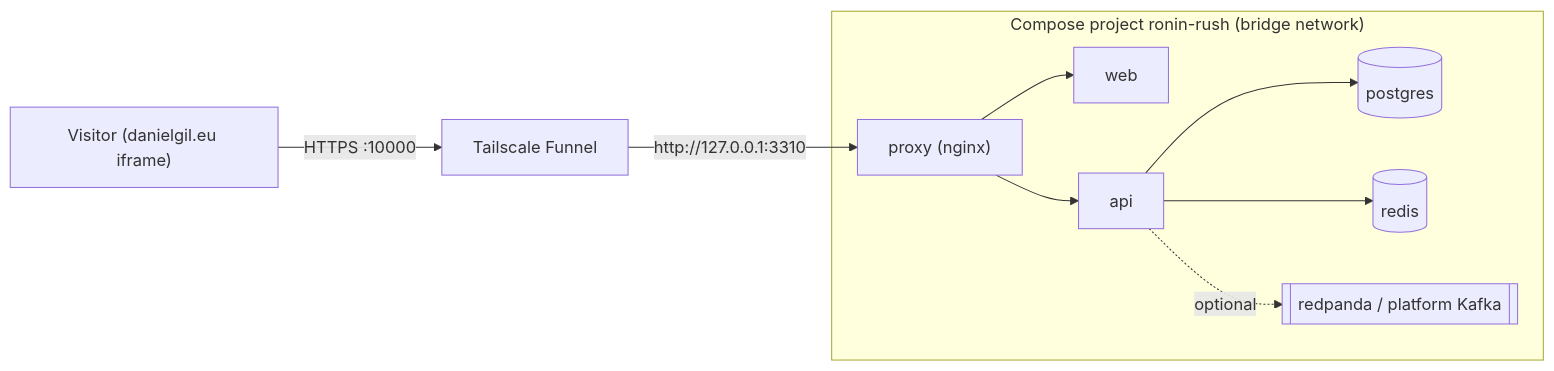
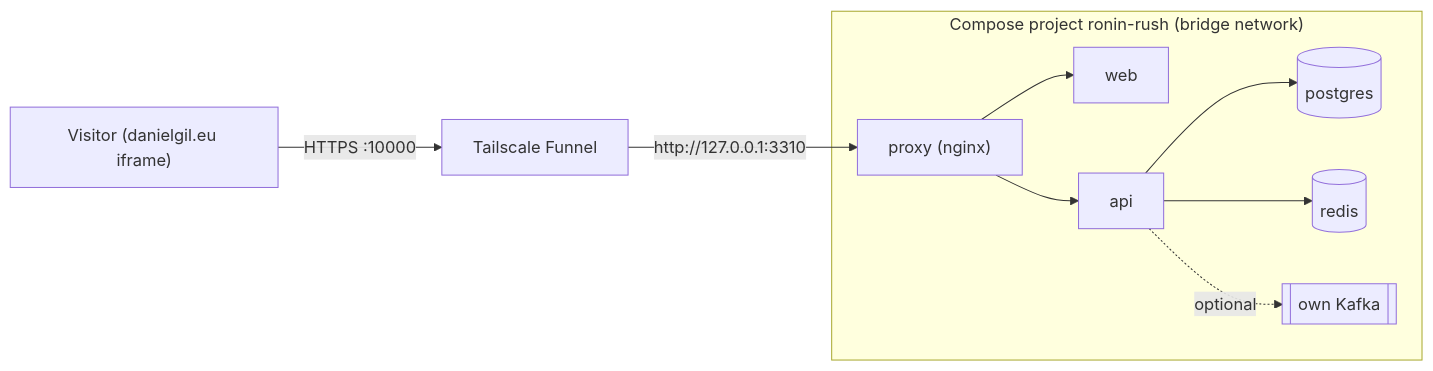
Before and after one commit to Danimagnum/ronin-rush: the diagram in docs/deploy-nas.md, drawn with Mermaid. The commit also changed other lines of this file and 5 other files, not shown here.

First line of the commit message:
build(deploy): own Kafka on the NAS uses apache/kafka 3.9.1 instead of Redpanda

````diff
--- a/docs/deploy-nas.md
+++ b/docs/deploy-nas.md
@@ -17,12 +17,12 @@
 ```mermaid
 flowchart LR
   V["Visitor (danielgil.eu iframe)"] -- "HTTPS :10000" --> F["Tailscale Funnel"]
   F -- "http://127.0.0.1:3310" --> N["proxy (nginx)"]
   subgraph "Compose project ronin-rush (bridge network)"
     N --> W[web]
     N --> A[api]
     A --> P[(postgres)]
     A --> R[(redis)]
-    A -. "optional" .-> K[[redpanda / platform Kafka]]
+    A -. "optional" .-> K[[own Kafka]]
   end
 ```
````
